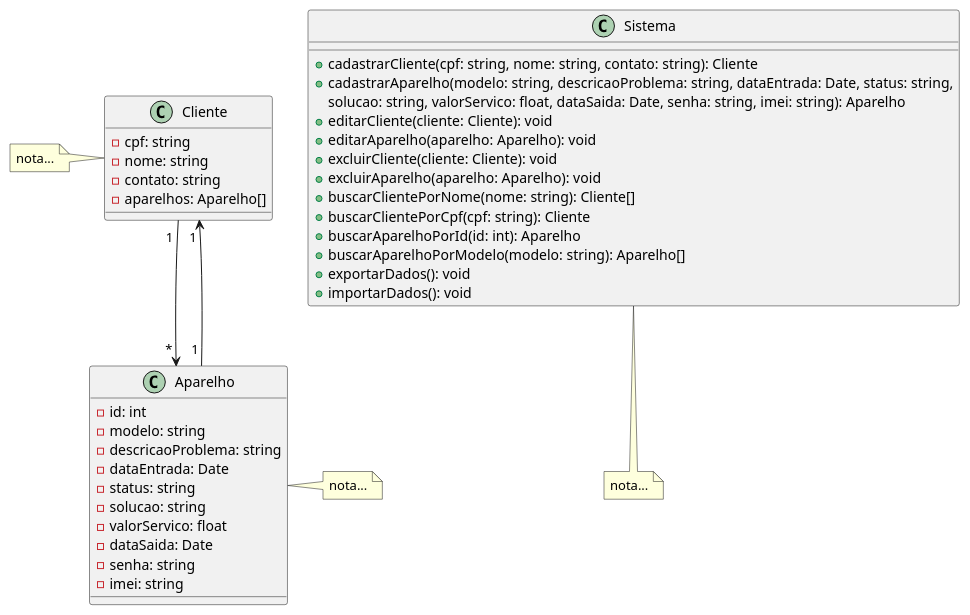
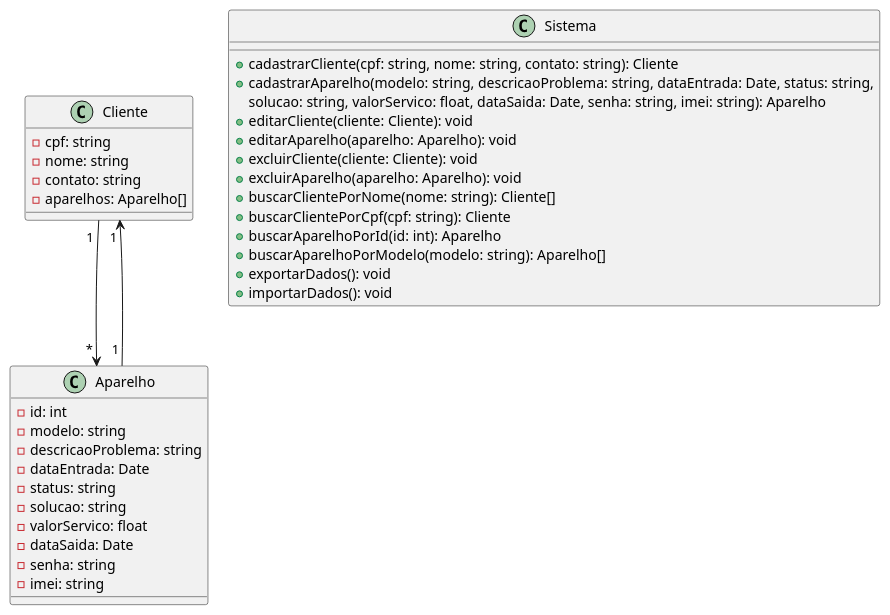
One commit to Guilhermedsc/ProjetoES-MZ-Smart changed the diagram in Documentation/Diagrams/diagramClass.plantuml. Above: the diagram before and after it, drawn with PlantUML. The commit also changed 4 other files, not shown here.

Commit message:
update Diagrams

```diff
--- a/Documentation/Diagrams/diagramClass.plantuml
+++ b/Documentation/Diagrams/diagramClass.plantuml
@@ -1,54 +1,42 @@
 @startuml
 
 class Cliente {
     - cpf: string
     - nome: string
     - contato: string
     - aparelhos: Aparelho[]
 }
 
 class Aparelho {
     - id: int
     - modelo: string
     - descricaoProblema: string
     - dataEntrada: Date
     - status: string
     - solucao: string
     - valorServico: float
     - dataSaida: Date
     - senha: string
     - imei: string
 }
 
 Cliente " 1 " --> " * " Aparelho
 Aparelho " 1 " --> " 1 " Cliente
 
 class Sistema {
     + cadastrarCliente(cpf: string, nome: string, contato: string): Cliente
     + cadastrarAparelho(modelo: string, descricaoProblema: string, dataEntrada: Date, status: string,
      solucao: string, valorServico: float, dataSaida: Date, senha: string, imei: string): Aparelho
     + editarCliente(cliente: Cliente): void
     + editarAparelho(aparelho: Aparelho): void
     + excluirCliente(cliente: Cliente): void
     + excluirAparelho(aparelho: Aparelho): void
     + buscarClientePorNome(nome: string): Cliente[]
     + buscarClientePorCpf(cpf: string): Cliente
     + buscarAparelhoPorId(id: int): Aparelho
     + buscarAparelhoPorModelo(modelo: string): Aparelho[]
     + exportarDados(): void
     + importarDados(): void
 }
 
-note left of Cliente
-	nota...
-end note
-
-note right of Aparelho
-    nota...
-end note
-
-note bottom of Sistema
-    nota...
-end note
-
 @enduml
```
